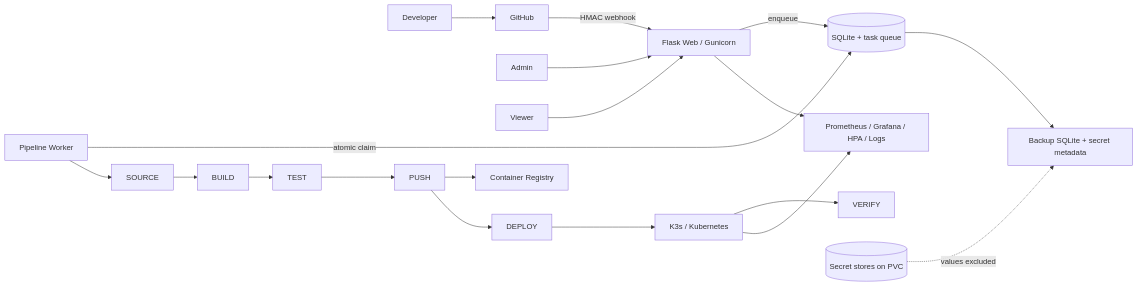
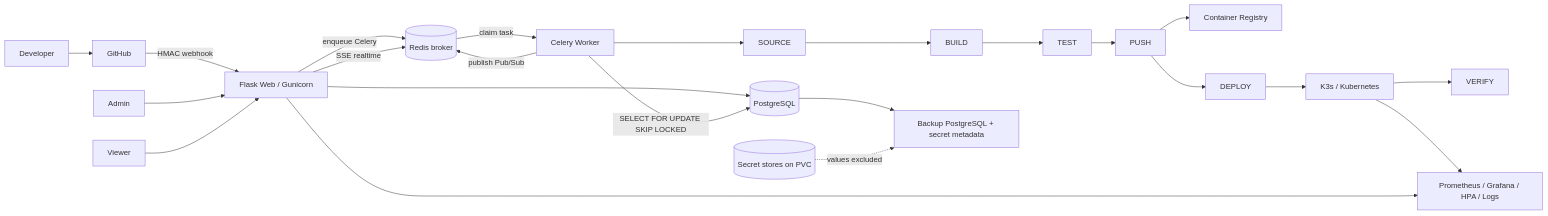
Before and after one commit to Khang0406/LuanVan: the diagram in Platform/docs/architecture.md, drawn with Mermaid. The commit also changed other lines of this file and 23 other files, not shown here.

First line of the commit message:
feat: migrate to PostgreSQL + Redis/Celery queue + control plane API

````diff
--- a/Platform/docs/architecture.md
+++ b/Platform/docs/architecture.md
@@ -5,21 +5,25 @@
 ```mermaid
 flowchart LR
     Developer[Developer] --> GitHub[GitHub]
     GitHub -->|HMAC webhook| Web[Flask Web / Gunicorn]
     Admin[Admin] --> Web
     Viewer[Viewer] --> Web
-    Web -->|enqueue| SQLite[(SQLite + task queue)]
-    Worker[Pipeline Worker] -->|atomic claim| SQLite
+    Web -->|enqueue Celery| Redis[(Redis broker)]
+    Web --> PostgreSQL[(PostgreSQL)]
+    Worker[Celery Worker] -->|SELECT FOR UPDATE SKIP LOCKED| PostgreSQL
+    Worker -->|publish Pub/Sub| Redis
+    Redis -->|claim task| Worker
     Worker --> Source[SOURCE]
     Source --> Build[BUILD]
     Build --> Test[TEST]
     Test --> Push[PUSH]
     Push --> Registry[Container Registry]
     Push --> Deploy[DEPLOY]
     Deploy --> K8s[K3s / Kubernetes]
     K8s --> Verify[VERIFY]
     K8s --> Monitoring[Prometheus / Grafana / HPA / Logs]
     Web --> Monitoring
-    SQLite --> Backup[Backup SQLite + secret metadata]
+    Web -->|SSE realtime| Redis
+    PostgreSQL --> Backup[Backup PostgreSQL + secret metadata]
     SecretStore[(Secret stores on PVC)] -. values excluded .-> Backup
 ```
````
